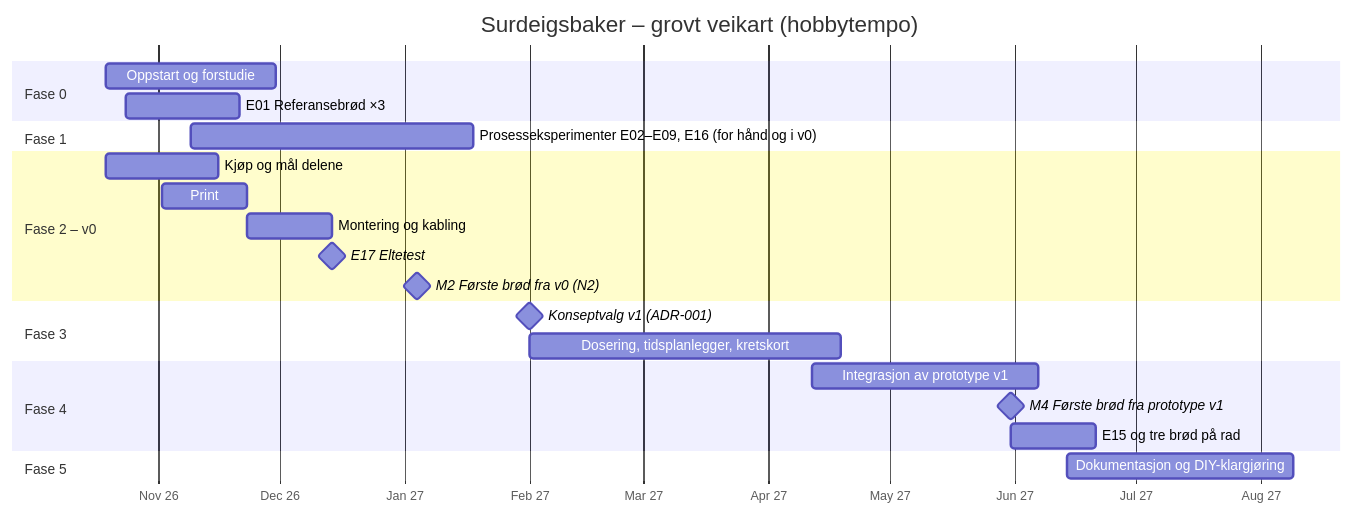
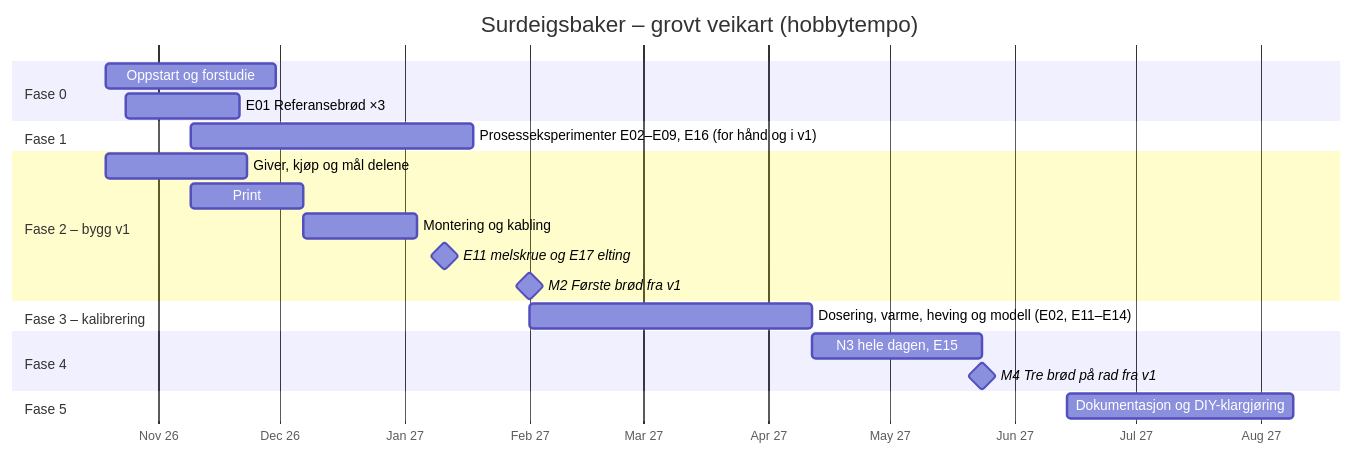
One commit to erikhafnor/surdeigsbaker changed the diagram in docs/04-veikart.md. Above: the diagram before and after it, drawn with Mermaid. The commit also changed other lines of this file and 13 other files, not shown here.

````diff
--- a/docs/04-veikart.md
+++ b/docs/04-veikart.md
@@ -9,26 +9,24 @@
 ```mermaid
 gantt
     title Surdeigsbaker – grovt veikart (hobbytempo)
     dateFormat  YYYY-MM-DD
     axisFormat  %b %y
     section Fase 0
     Oppstart og forstudie               :f0, 2026-10-19, 6w
     E01 Referansebrød ×3                :e01, 2026-10-24, 4w
     section Fase 1
-    Prosesseksperimenter E02–E09, E16 (for hånd og i v0) :f1b, 2026-11-09, 10w
-    section Fase 2 – v0
-    Kjøp og mål delene                  :v0a, 2026-10-19, 4w
-    Print                               :v0b, 2026-11-02, 3w
-    Montering og kabling                :v0c, 2026-11-23, 3w
-    E17 Eltetest                        :milestone, e17, 2026-12-14, 0d
-    M2 Første brød fra v0 (N2)          :milestone, m2, 2027-01-04, 0d
-    section Fase 3
-    Konseptvalg v1 (ADR-001)            :milestone, m3, 2027-02-01, 0d
-    Dosering, tidsplanlegger, kretskort :f3, 2027-02-01, 11w
+    Prosesseksperimenter E02–E09, E16 (for hånd og i v1) :f1b, 2026-11-09, 10w
+    section Fase 2 – bygg v1
+    Giver, kjøp og mål delene           :v1a, 2026-10-19, 5w
+    Print                               :v1b, 2026-11-09, 4w
+    Montering og kabling                :v1c, 2026-12-07, 4w
+    E11 melskrue og E17 elting          :milestone, e17, 2027-01-11, 0d
+    M2 Første brød fra v1               :milestone, m2, 2027-02-01, 0d
+    section Fase 3 – kalibrering
+    Dosering, varme, heving og modell (E02, E11–E14) :f3, 2027-02-01, 10w
     section Fase 4
-    Integrasjon av prototype v1         :f4, 2027-04-12, 8w
-    M4 Første brød fra prototype v1     :milestone, m4, 2027-05-31, 0d
-    E15 og tre brød på rad              :f4b, 2027-05-31, 3w
+    N3 hele dagen, E15                  :f4, 2027-04-12, 6w
+    M4 Tre brød på rad fra v1           :milestone, m4, 2027-05-24, 0d
     section Fase 5
     Dokumentasjon og DIY-klargjøring    :f5, 2027-06-14, 8w
 ```
````
